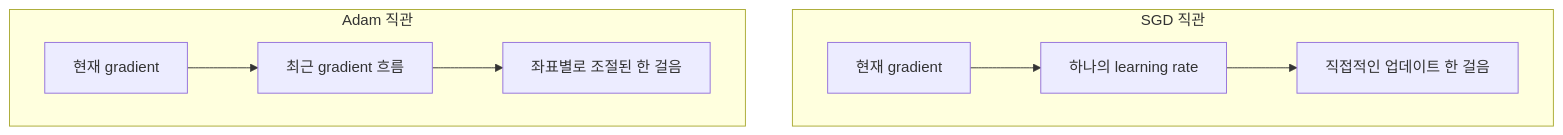
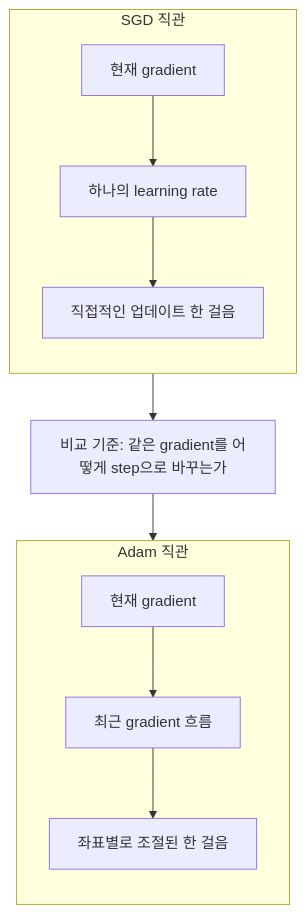
Before and after one commit to devchan64/AiBook: the diagram in docs/assets/part-05/chapter-07/sgd-vs-adam-flow-ko.mmd, drawn with Mermaid. The commit also changed 130 other files, not shown here.

Commit message:
Refine part 5 charts and terminology

```diff
--- a/docs/assets/part-05/chapter-07/sgd-vs-adam-flow-ko.mmd
+++ b/docs/assets/part-05/chapter-07/sgd-vs-adam-flow-ko.mmd
@@ -1,10 +1,16 @@
 flowchart TD
   subgraph SGD["SGD 직관"]
+    direction TB
     A["현재 gradient"] --> B["하나의 learning rate"]
     B --> C["직접적인 업데이트 한 걸음"]
   end
 
+  GAP["비교 기준: 같은 gradient를 어떻게 step으로 바꾸는가"]
+
   subgraph Adam["Adam 직관"]
+    direction TB
     D["현재 gradient"] --> E["최근 gradient 흐름"]
     E --> F["좌표별로 조절된 한 걸음"]
   end
+
+  SGD --> GAP --> Adam
```
